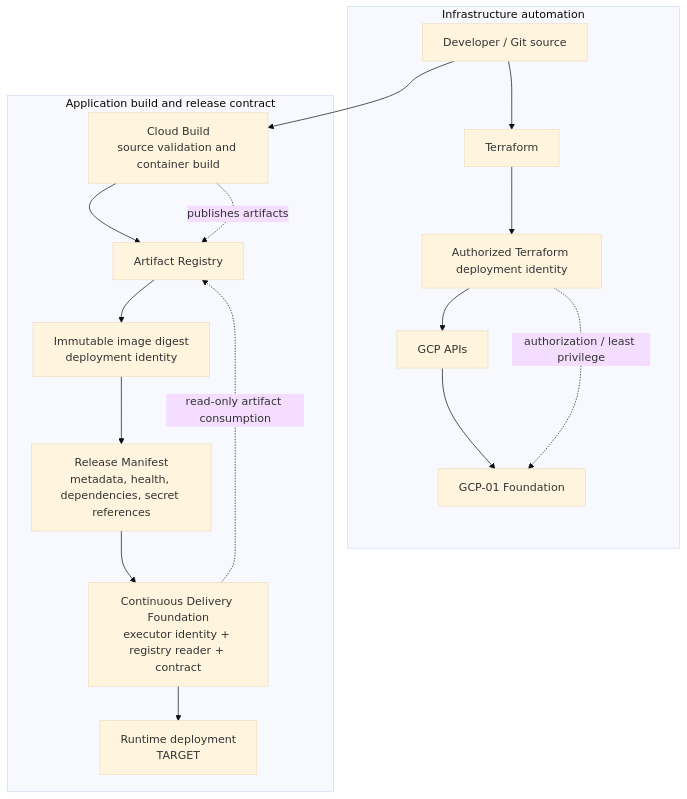
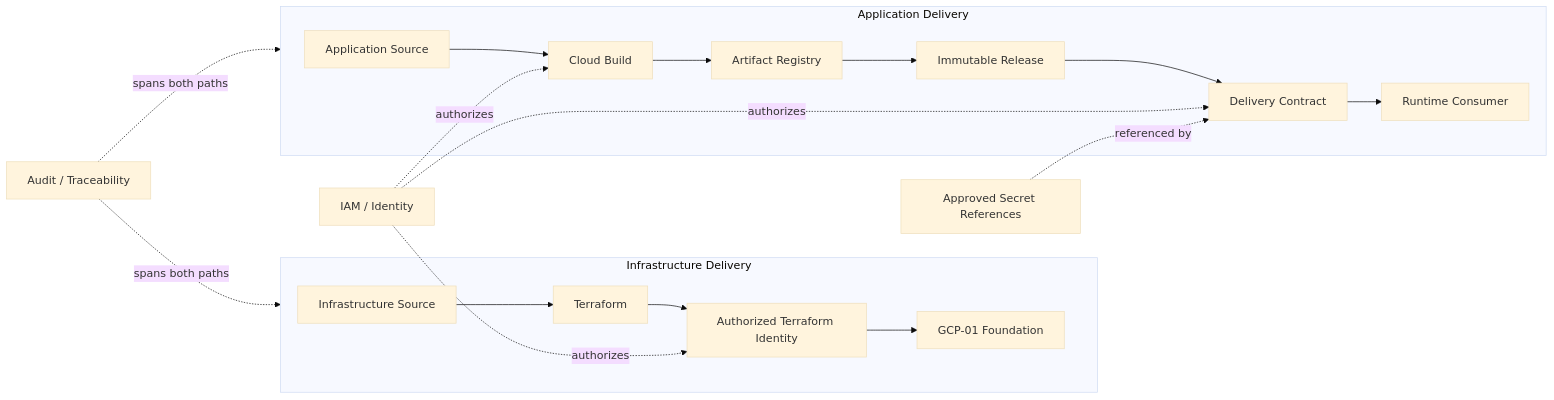
Before and after one commit to eventmgmtplatform/docs: the first of 3 diagrams in docs/architecture/gcp-cicd-current.md, drawn with Mermaid (base theme). The commit also changed other lines of this file and 4 other files, not shown here.

Commit message:
docs(architecture): redesign GCP delivery architecture

````diff
--- a/docs/architecture/gcp-cicd-current.md
+++ b/docs/architecture/gcp-cicd-current.md
@@ -14,26 +11,21 @@
 ```mermaid
-flowchart TB
-  DEV[Developer / Git source]
-
-  subgraph INFRA[Infrastructure automation]
-    TF[Terraform]
-    TFID[Authorized Terraform deployment identity]
-    APIS[GCP APIs]
-    FOUNDATION[GCP-01 Foundation]
-    DEV --> TF --> TFID --> APIS --> FOUNDATION
+flowchart LR
+  subgraph INFRA[Infrastructure Delivery]
+    ISRC[Infrastructure Source] --> TF[Terraform]
+    TF --> TFID[Authorized Terraform Identity]
+    TFID --> FND[GCP-01 Foundation]
   end
-
-  subgraph ARTIFACTS[Application build and release contract]
-    CB[Cloud Build\nsource validation and container build]
-    AR[Artifact Registry]
-    DIGEST[Immutable image digest\ndeployment identity]
-    MANIFEST[Release Manifest\nmetadata, health, dependencies, secret references]
-    CD[Continuous Delivery Foundation\nexecutor identity + registry reader + contract]
-    RUNTIME[Runtime deployment\nTARGET]
-    DEV --> CB --> AR --> DIGEST --> MANIFEST --> CD --> RUNTIME
+  subgraph APP[Application Delivery]
+    ASRC[Application Source] --> CB[Cloud Build]
+    CB --> AR[Artifact Registry]
+    AR --> REL[Immutable Release]
+    REL --> DC[Delivery Contract]
+    DC --> RUN[Runtime Consumer]
   end
-
-  TFID -. authorization / least privilege .-> FOUNDATION
-  CB -. publishes artifacts .-> AR
-  CD -. read-only artifact consumption .-> AR
+  TRUST[IAM / Identity] -. authorizes .-> TFID
+  TRUST -. authorizes .-> CB
+  TRUST -. authorizes .-> DC
+  SECRETS[Approved Secret References] -. referenced by .-> DC
+  AUDIT[Audit / Traceability] -. spans both paths .-> INFRA
+  AUDIT -. spans both paths .-> APP
 ```
````
